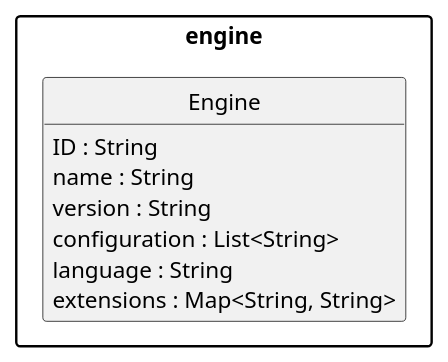
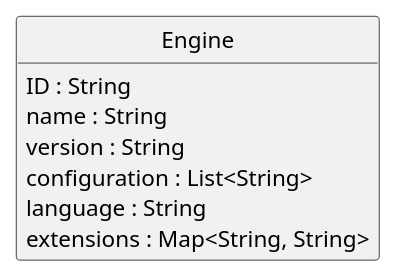
The diagram in pebl/doc/result-tool-engine.puml (uniba-dsg/betsy), drawn with PlantUML before and after one commit. The commit also changed 9 other files, not shown here.

```diff
--- a/pebl/doc/result-tool-engine.puml
+++ b/pebl/doc/result-tool-engine.puml
@@ -1,24 +1,21 @@
 @startuml
 
-package "engine" {
+class Engine {
+  ID : String
+  name : String
+  version : String
+  configuration : List<String>
+  language : String
+  extensions : Map<String, String>
+}
 
-	class Engine {
-	  ID : String
-	  name : String
-	  version : String
-	  configuration : List<String>
-	  language : String
-	  extensions : Map<String, String>
-	}
-
-}
 
 
 hide empty members
 hide empty methods
 hide circle
 
 skinparam monochrome true
 skinparam shadowing false
 skinparam packageStyle rect
 @enduml
```
